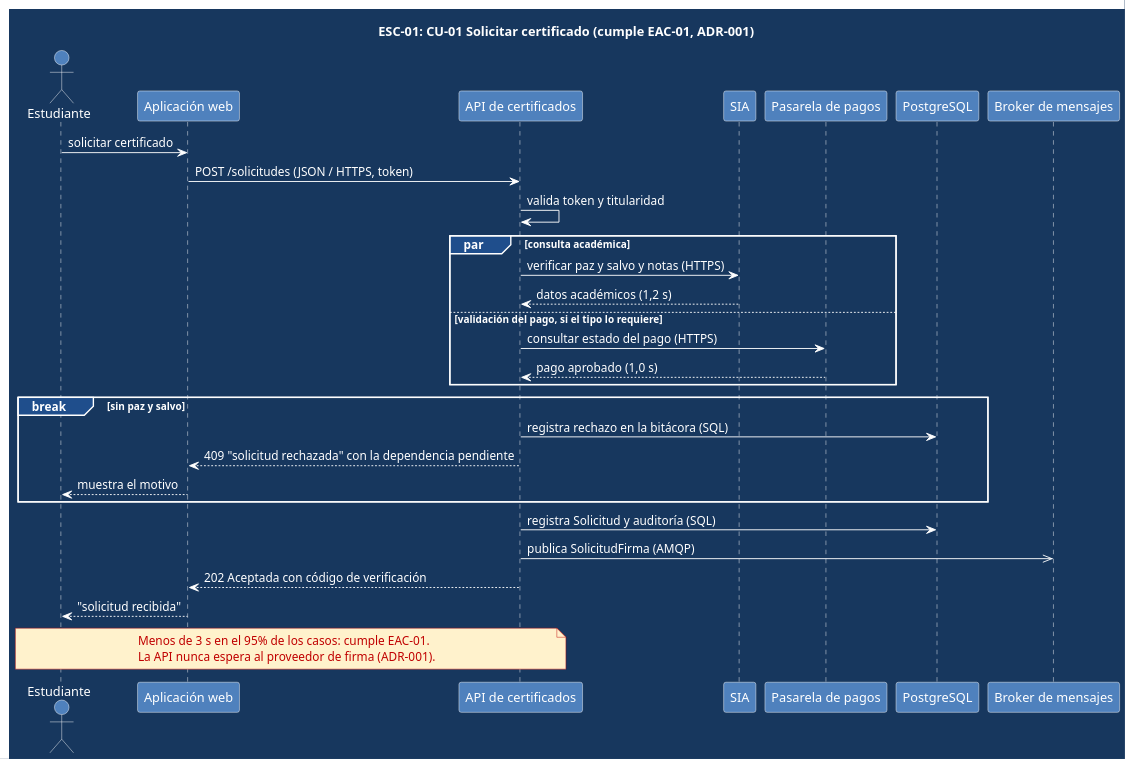
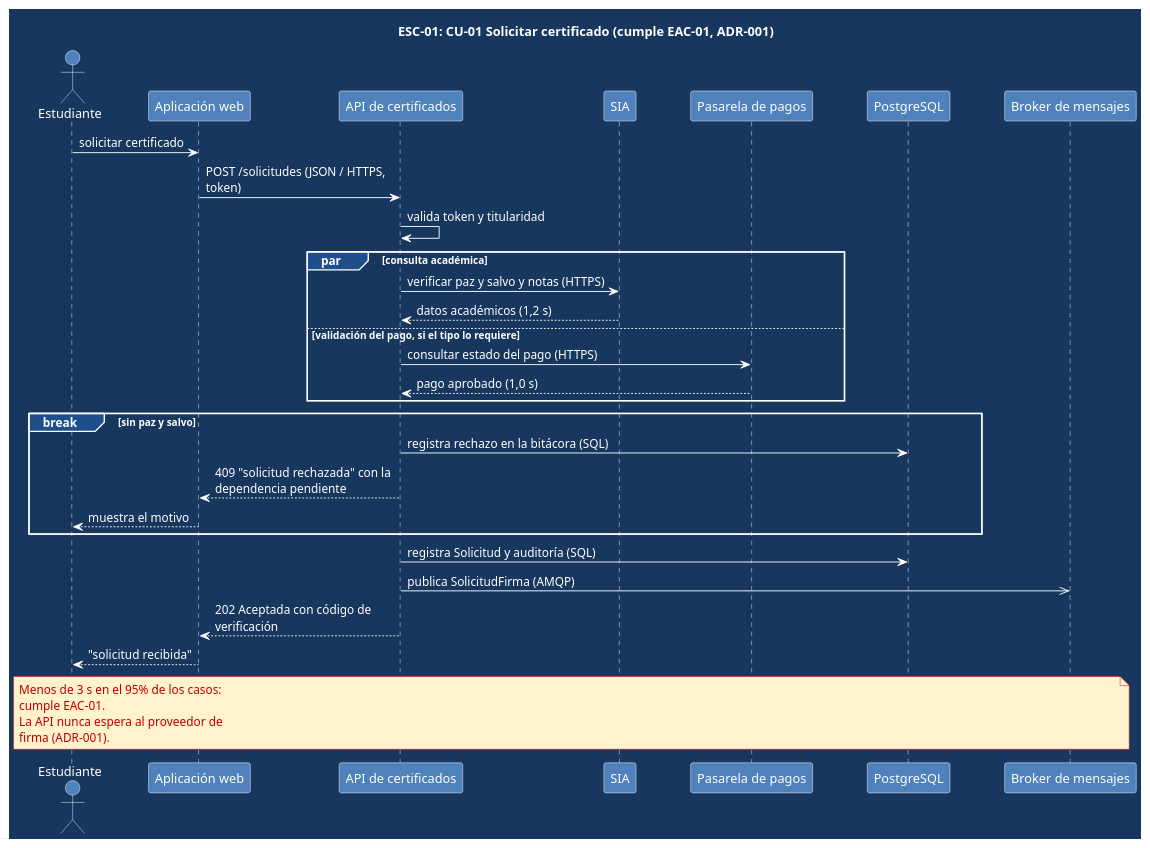
Before and after one commit to johnny9052/certificados: the diagram in docs/diagramas/secuencias/cu01-solicitar-certificado.puml, drawn with PlantUML. The commit also changed 38 other files, not shown here.

```diff
--- a/docs/diagramas/secuencias/cu01-solicitar-certificado.puml
+++ b/docs/diagramas/secuencias/cu01-solicitar-certificado.puml
@@ -1,61 +1,69 @@
 @startuml cu01
 title ESC-01: CU-01 Solicitar certificado (cumple EAC-01, ADR-001)
 skinparam backgroundColor #17375E
 skinparam defaultFontName Arial
 skinparam defaultFontColor white
 skinparam titleFontColor white
 skinparam shadowing false
+skinparam ParticipantPadding 25
+skinparam BoxPadding 10
+skinparam wrapWidth 230
+skinparam maxMessageSize 230
+skinparam responseMessageBelowArrow true
+skinparam sequenceMessageAlign left
+skinparam NoteTextAlignment left
+skinparam SequenceGroupBodyBackgroundColor transparent
 skinparam ArrowColor white
 skinparam ArrowFontColor white
 skinparam sequence {
   LifeLineBorderColor white
   LifeLineBackgroundColor #4F81BD
   ParticipantBackgroundColor #4F81BD
   ParticipantBorderColor white
   ParticipantFontColor white
   ActorBackgroundColor #4F81BD
   ActorBorderColor white
   ActorFontColor white
   GroupBackgroundColor #1F4E8C
   GroupBorderColor white
   GroupFontColor white
   BoxBackgroundColor #1F4E8C
 }
 skinparam note {
   BackgroundColor #FFF2CC
   BorderColor #C00000
   FontColor #C00000
 }
 
 actor Estudiante
 participant "Aplicación web" as Web
 participant "API de certificados" as API
 participant "SIA" as SIA
 participant "Pasarela de pagos" as Pagos
 participant "PostgreSQL" as DB
 participant "Broker de mensajes" as Broker
 
 Estudiante -> Web : solicitar certificado
 Web -> API : POST /solicitudes (JSON / HTTPS, token)
 API -> API : valida token y titularidad
 
 par consulta académica
   API -> SIA : verificar paz y salvo y notas (HTTPS)
   SIA --> API : datos académicos (1,2 s)
 else validación del pago, si el tipo lo requiere
   API -> Pagos : consultar estado del pago (HTTPS)
   Pagos --> API : pago aprobado (1,0 s)
 end
 
 break sin paz y salvo
   API -> DB : registra rechazo en la bitácora (SQL)
   API --> Web : 409 "solicitud rechazada" con la dependencia pendiente
   Web --> Estudiante : muestra el motivo
 end
 
 API -> DB : registra Solicitud y auditoría (SQL)
 API ->> Broker : publica SolicitudFirma (AMQP)
 API --> Web : 202 Aceptada con código de verificación
 Web --> Estudiante : "solicitud recibida"
-note over Estudiante, API : Menos de 3 s en el 95% de los casos: cumple EAC-01.\nLa API nunca espera al proveedor de firma (ADR-001).
+note across : Menos de 3 s en el 95% de los casos: cumple EAC-01.\nLa API nunca espera al proveedor de firma (ADR-001).
 @enduml
```
